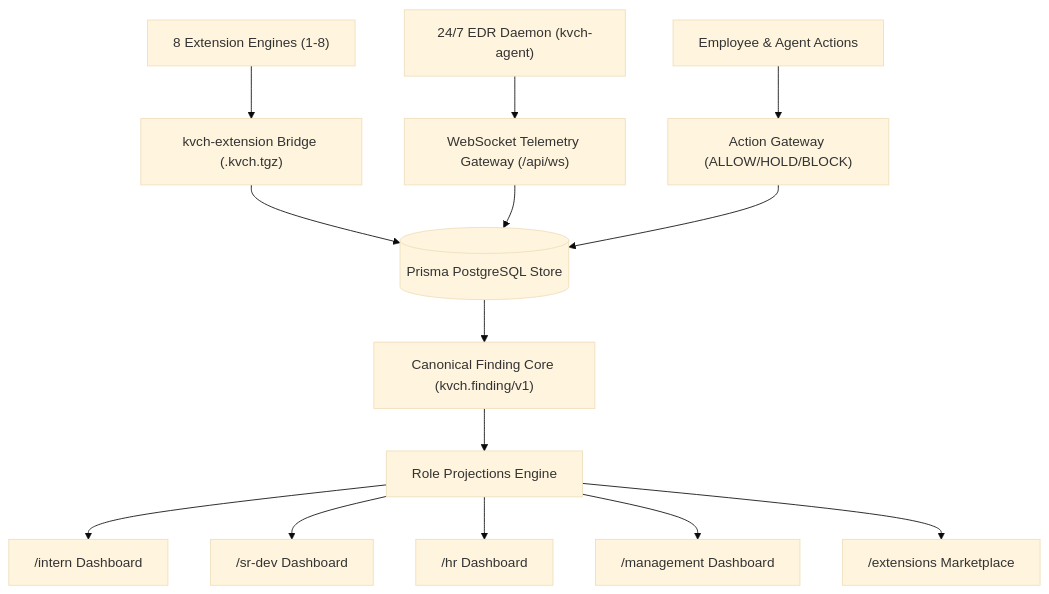
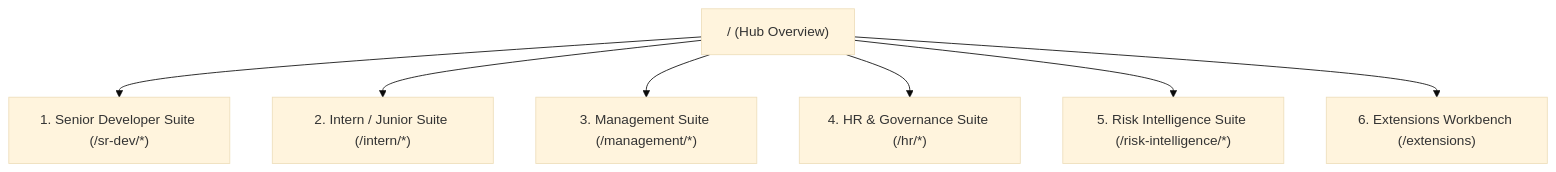
One commit to arko05roy/KVCH---Knowledge-Vigilance-Control-Hub changed the diagram in KVCH_PRD.md. Above: the diagram before and after it, drawn with Mermaid (base theme). The commit also changed other lines of this file and 32 other files, not shown here.

Commit message:
feat: add risk intelligence governance pages, ollama AI provider integration, and air-gap verification scripts

````diff
--- a/KVCH_PRD.md
+++ b/KVCH_PRD.md
@@ -161,19 +78,11 @@
 ```mermaid
 flowchart TB
-    EDR["24/7 EDR Daemon (kvch-agent)"] --> WS["WebSocket Telemetry Gateway (/api/ws)"]
-    EXT["8 Extension Engines (1-8)"] --> PKG["kvch-extension Bridge (.kvch.tgz)"]
-    PKG --> DB[("Prisma PostgreSQL Store")]
-    WS --> DB
+    HUB["/ (Hub Overview)"]
     
-    U["Employee & Agent Actions"] --> AG["Action Gateway (ALLOW/HOLD/BLOCK)"]
-    AG --> DB
-    
-    DB --> CORE["Canonical Finding Core (kvch.finding/v1)"]
-    CORE --> PROJ["Role Projections Engine"]
-    
-    PROJ --> INT["/intern Dashboard"]
-    PROJ --> DEV["/sr-dev Dashboard"]
-    PROJ --> HR["/hr Dashboard"]
-    PROJ --> MGMT["/management Dashboard"]
-    PROJ --> MKT["/extensions Marketplace"]
+    HUB --> SR["1. Senior Developer Suite (/sr-dev/*)"]
+    HUB --> INT["2. Intern / Junior Suite (/intern/*)"]
+    HUB --> MGMT["3. Management Suite (/management/*)"]
+    HUB --> HR["4. HR & Governance Suite (/hr/*)"]
+    HUB --> RISK["5. Risk Intelligence Suite (/risk-intelligence/*)"]
+    HUB --> EXT["6. Extensions Workbench (/extensions)"]
 ```
````
